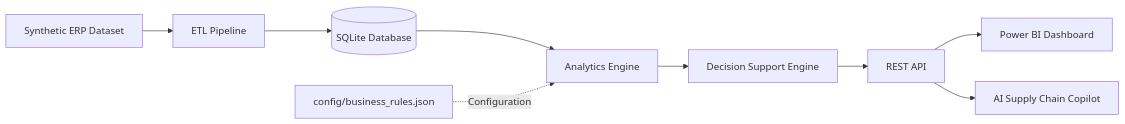
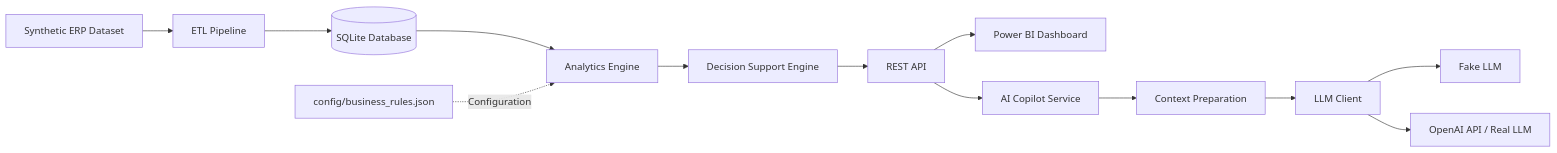
One commit to RodsSoares/ai-supply-chain-copilot changed the diagram in README.md. Above: the diagram before and after it, drawn with Mermaid. The commit also changed other lines of this file and 10 other files, not shown here.

Commit message:
feat: release v1.0.0 with functional real LLM integration

````diff
--- a/README.md
+++ b/README.md
@@ -131,25 +140,36 @@
 ```mermaid
 flowchart LR
 
 A[Synthetic ERP Dataset]
 B[ETL Pipeline]
 C[(SQLite Database)]
 D[Analytics Engine]
 E[Decision Support Engine]
 F[REST API]
 G[Power BI Dashboard]
-H[AI Supply Chain Copilot]
+
+H[AI Copilot Service]
+I[Context Preparation]
+J[LLM Client]
+K[Fake LLM]
+L[OpenAI API / Real LLM]
 
 R[config/business_rules.json]
 
 A --> B
 B --> C
 C --> D
 D --> E
 E --> F
 
 F --> G
 F --> H
 
+H --> I
+I --> J
+
+J --> K
+J --> L
+
 R -. Configuration .-> D
 ```
````
